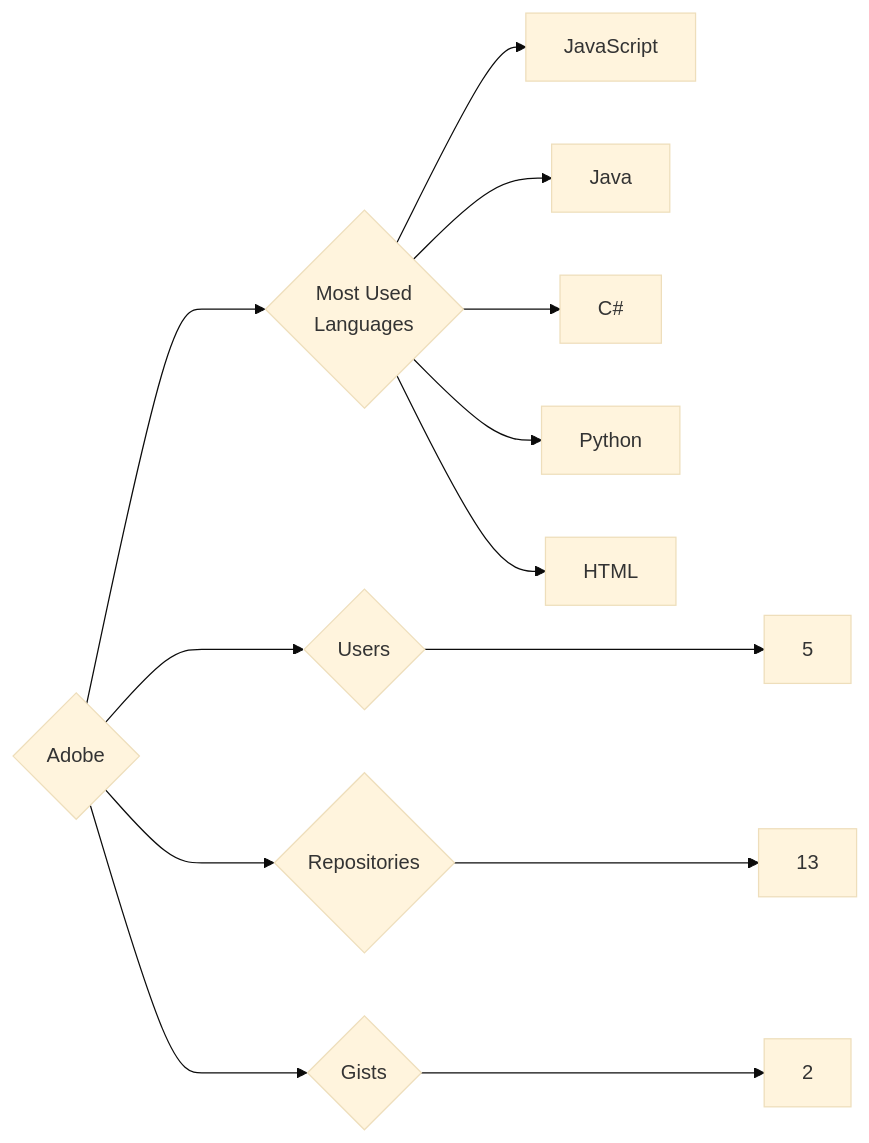
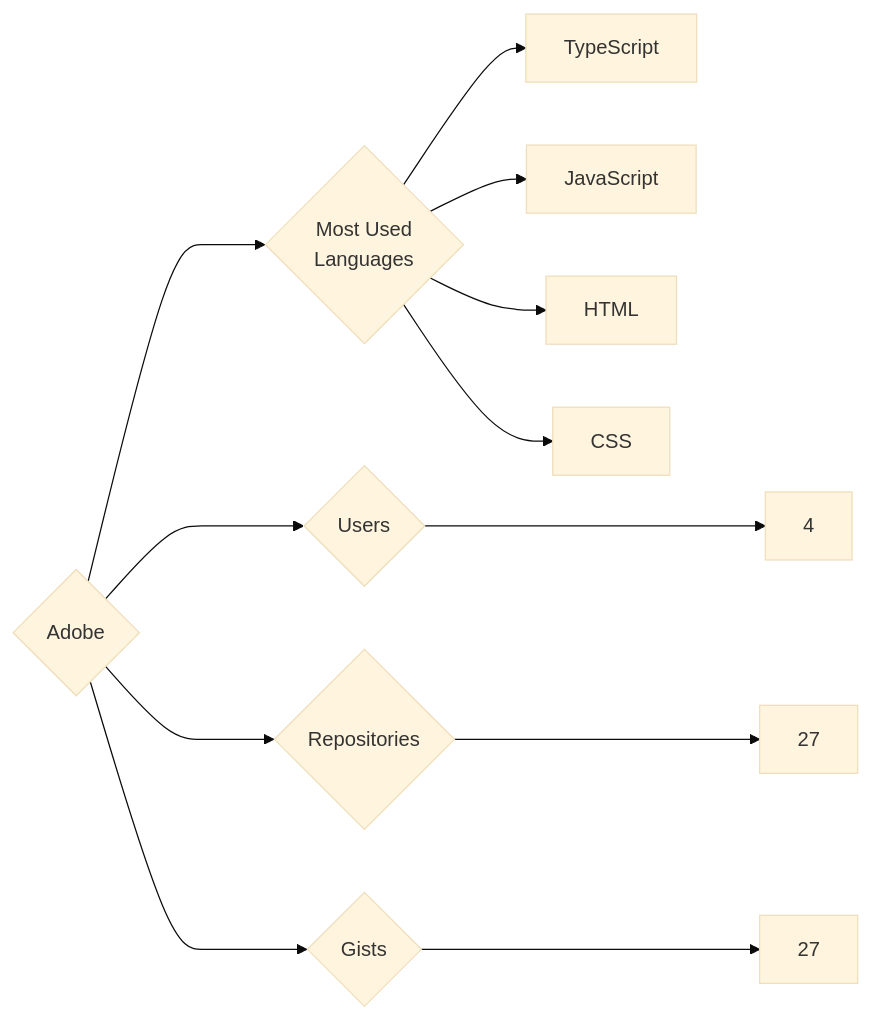
Before and after one commit to trickest/insiders: the diagram in targets/Adobe/README.md, drawn with Mermaid (base theme). The commit also changed 815 other files, not shown here.

````diff
--- a/targets/Adobe/README.md
+++ b/targets/Adobe/README.md
@@ -3,13 +3,12 @@
 ```mermaid
 graph LR
 COMPANY_NAME{Adobe}
-COMPANY_NAME ---> U{Users} ---> UN[5]
-COMPANY_NAME ---> R{Repositories} ---> RN[13]
-COMPANY_NAME ---> G{Gists} ---> GN[2]
+COMPANY_NAME ---> U{Users} ---> UN[4]
+COMPANY_NAME ---> R{Repositories} ---> RN[27]
+COMPANY_NAME ---> G{Gists} ---> GN[27]
 COMPANY_NAME ---> ML{Most Used<br>Languages}
+ML --> TypeScript[TypeScript]
 ML --> JavaScript[JavaScript]
-ML --> Java[Java]
-ML --> C#[C#]
-ML --> Python[Python]
 ML --> HTML[HTML]
+ML --> CSS[CSS]
 ```
````
